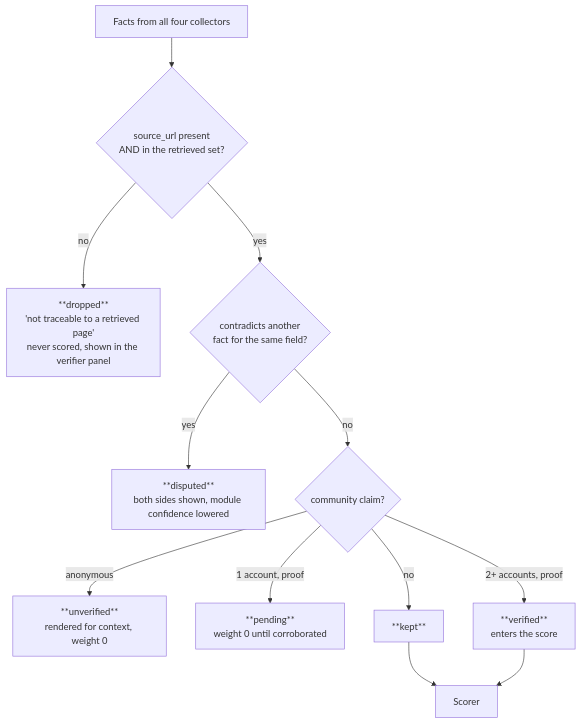
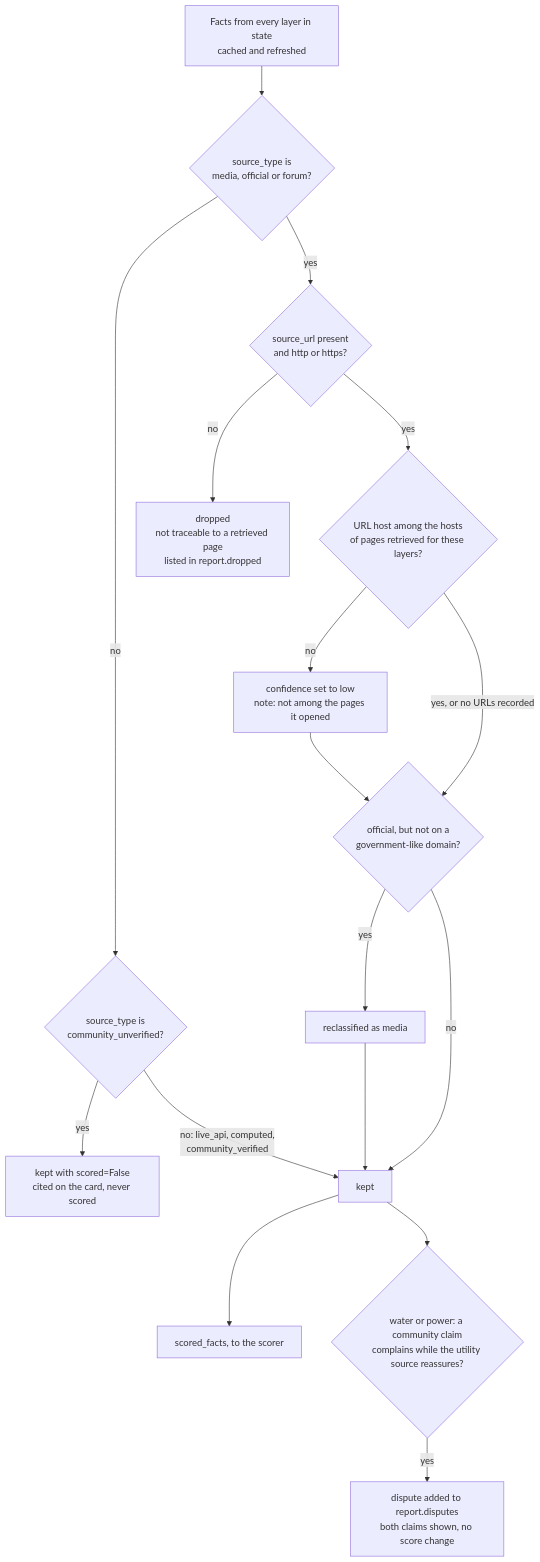
Before and after one commit to Pranay0083/LocalIQ: the third of 5 diagrams in project/docs/02-agent-architecture.md, drawn with Mermaid. The commit also changed other lines of this file and 79 other files, not shown here.

First line of the commit message:
Rewrite project docs, diagrams and screenshots against the code

````diff
--- a/project/docs/02-agent-architecture.md
+++ b/project/docs/02-agent-architecture.md
@@ -79,13 +138,19 @@
 ```mermaid
 flowchart TB
-    F["Facts from all four collectors"] --> C1{"source_url present<br/>AND in the retrieved set?"}
-    C1 -->|no| D["**dropped**<br/>'not traceable to a retrieved page'<br/>never scored, shown in the verifier panel"]
-    C1 -->|yes| C2{"contradicts another<br/>fact for the same field?"}
-    C2 -->|yes| DIS["**disputed**<br/>both sides shown, module confidence lowered"]
-    C2 -->|no| C3{"community claim?"}
-    C3 -->|"anonymous"| U["**unverified**<br/>rendered for context, weight 0"]
-    C3 -->|"1 account, proof"| P["**pending**<br/>weight 0 until corroborated"]
-    C3 -->|"2+ accounts, proof"| VF["**verified**<br/>enters the score"]
-    C3 -->|no| K["**kept**"]
-    K & VF --> SC["Scorer"]
+    F["Facts from every layer in state<br/>cached and refreshed"] --> T{"source_type is<br/>media, official or forum?"}
+    T -->|"no"| C{"source_type is<br/>community_unverified?"}
+    C -->|"yes"| NS["kept with scored=False<br/>cited on the card, never scored"]
+    C -->|"no: live_api, computed,<br/>community_verified"| K["kept"]
+    T -->|"yes"| U{"source_url present<br/>and http or https?"}
+    U -->|"no"| D["dropped<br/>not traceable to a retrieved page<br/>listed in report.dropped"]
+    U -->|"yes"| H{"URL host among the hosts<br/>of pages retrieved for these layers?"}
+    H -->|"no"| LOW["confidence set to low<br/>note: not among the pages it opened"]
+    H -->|"yes, or no URLs recorded"| G{"official, but not on a<br/>government-like domain?"}
+    LOW --> G
+    G -->|"yes"| RE["reclassified as media"]
+    G -->|"no"| K
+    RE --> K
+    K --> SC["scored_facts, to the scorer"]
+    K --> DS{"water or power: a community claim<br/>complains while the utility source reassures?"}
+    DS -->|"yes"| DIS["dispute added to report.disputes<br/>both claims shown, no score change"]
 ```
````
